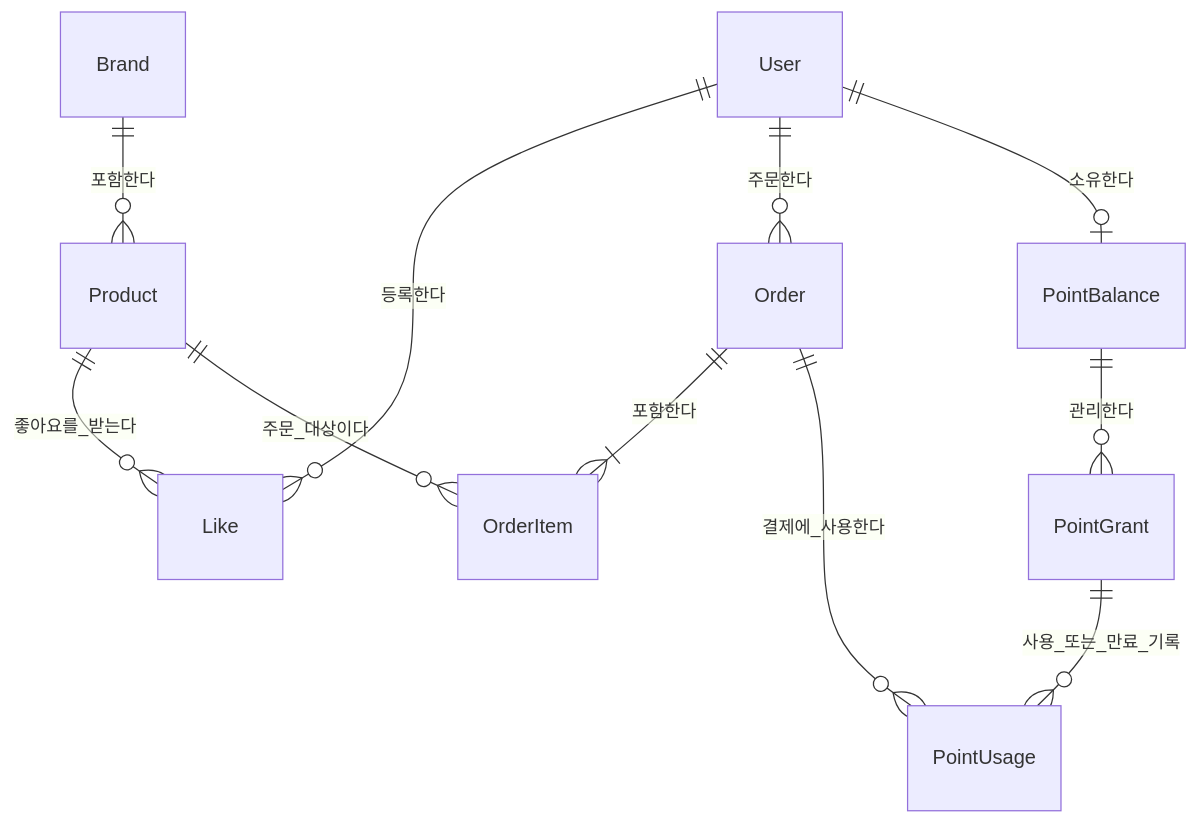
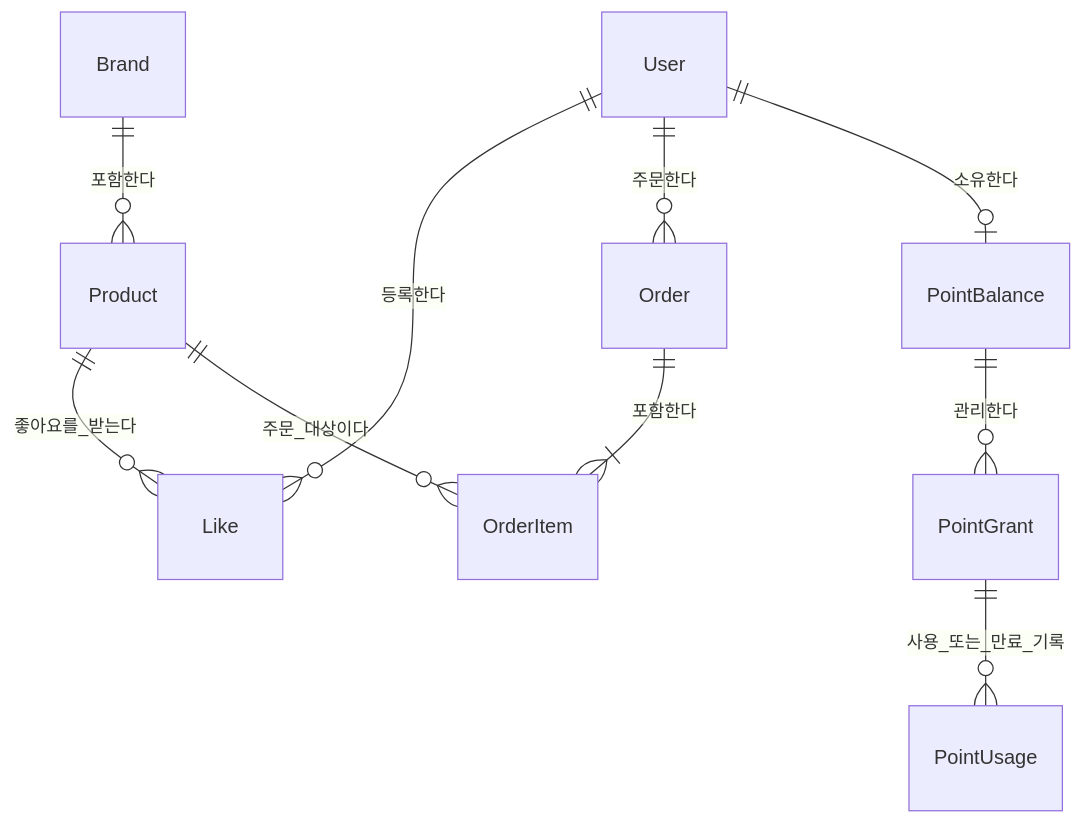
Before and after one commit to hyeon-aa/loop-pack-be-l2-vol5-java: the second of 5 diagrams in docs/week2/design.md, drawn with Mermaid. The commit also changed other lines of this file and 2 other files, not shown here.

````diff
--- a/docs/week2/design.md
+++ b/docs/week2/design.md
@@ -40,13 +40,12 @@
 ```mermaid
 erDiagram
     Brand ||--o{ Product : 포함한다
     User ||--o{ Like : 등록한다
     Product ||--o{ Like : 좋아요를_받는다
     User ||--o{ Order : 주문한다
     Order ||--|{ OrderItem : 포함한다
     Product ||--o{ OrderItem : 주문_대상이다
     User ||--o| PointBalance : 소유한다
     PointBalance ||--o{ PointGrant : 관리한다
     PointGrant ||--o{ PointUsage : 사용_또는_만료_기록
-    Order ||--o{ PointUsage : 결제에_사용한다
 ```
````
